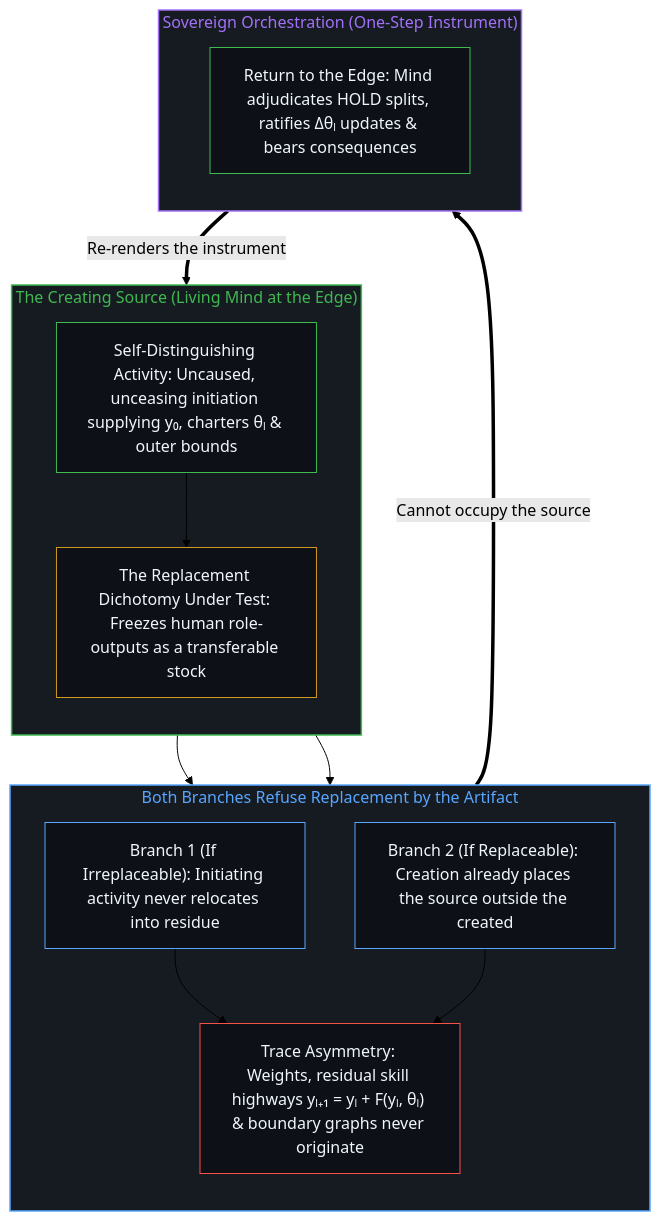
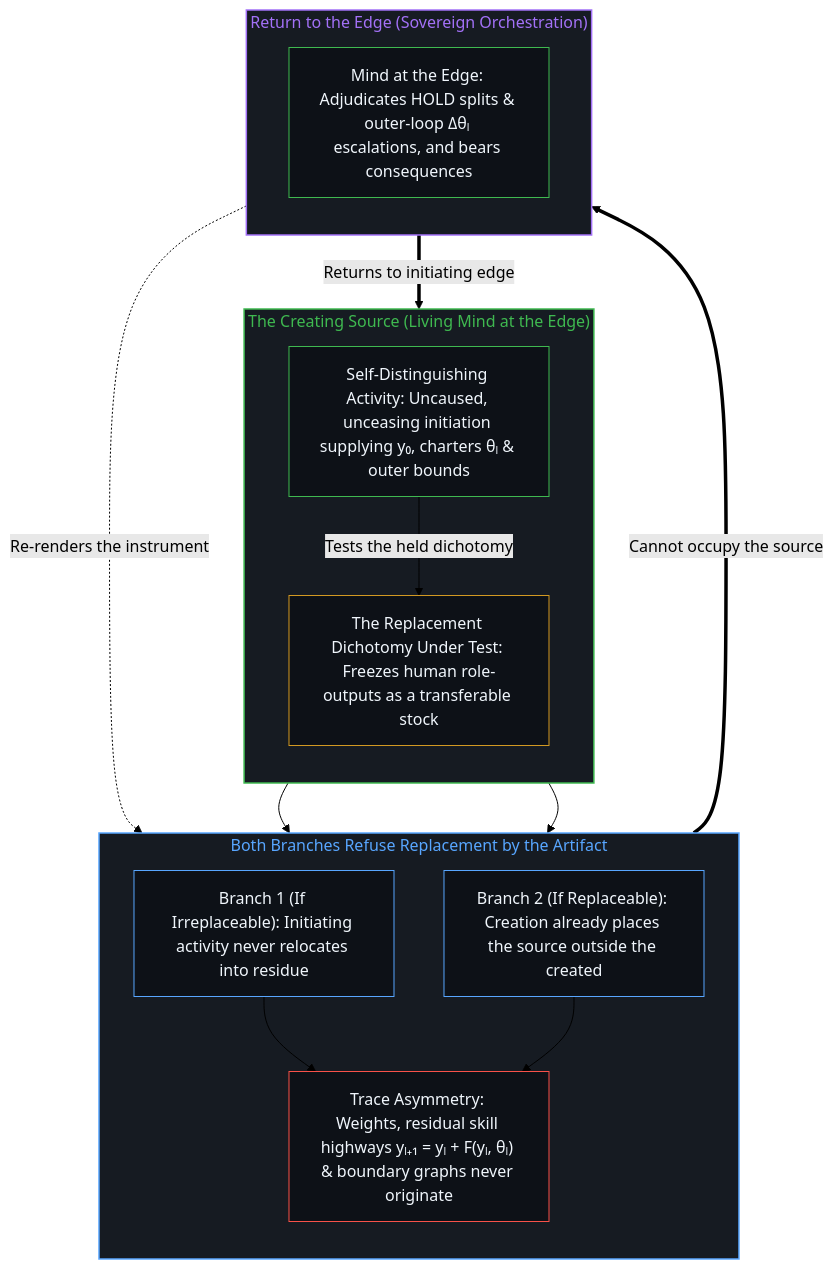
The second of 2 diagrams in content/posts/a-creation-cannot-replace-its-source.md (powerpig99/not-a-toe), drawn with Mermaid (forest theme) before and after one commit. The commit also changed other lines of this file and 7 other files, not shown here.

````diff
--- a/content/posts/a-creation-cannot-replace-its-source.md
+++ b/content/posts/a-creation-cannot-replace-its-source.md
@@ -74,34 +75,35 @@
 ```mermaid
 flowchart TD
     subgraph S_Edge["The Creating Source (Living Mind at the Edge)"]
         direction TB
         Prior["Self-Distinguishing Activity: Uncaused, unceasing initiation supplying y₀, charters θₗ & outer bounds"]
         Dilem["The Replacement Dichotomy Under Test: Freezes human role-outputs as a transferable stock"]
-        Prior --> Dilem
+        Prior -->|"Tests the held dichotomy"| Dilem
     end
     subgraph S_Branches["Both Branches Refuse Replacement by the Artifact"]
         direction TB
         B_Irrep["Branch 1 (If Irreplaceable): Initiating activity never relocates into residue"]
         B_Rep["Branch 2 (If Replaceable): Creation already places the source outside the created"]
         Asym["Trace Asymmetry: Weights, residual skill highways yₗ₊₁ = yₗ + F(yₗ, θₗ) & boundary graphs never originate"]
         B_Irrep --> Asym
         B_Rep --> Asym
     end
-    subgraph S_Return["Sovereign Orchestration (One-Step Instrument)"]
+    subgraph S_Return["Return to the Edge (Sovereign Orchestration)"]
         direction TB
-        Steer["Return to the Edge: Mind adjudicates HOLD splits, ratifies Δθₗ updates & bears consequences"]
+        Steer["Mind at the Edge: Adjudicates HOLD splits & outer-loop Δθₗ escalations, and bears consequences"]
     end
     Dilem --> B_Irrep
     Dilem --> B_Rep
     Asym ==>|"Cannot occupy the source"| Steer
-    Steer ==>|"Re-renders the instrument"| Prior
+    Steer -.->|"Re-renders the instrument"| Asym
+    Steer ==>|"Returns to initiating edge"| Prior
     style S_Edge fill:#161b22,stroke:#3fb950,stroke-width:1.5px,color:#3fb950
     style S_Branches fill:#161b22,stroke:#58a6ff,stroke-width:1.5px,color:#58a6ff
     style S_Return fill:#161b22,stroke:#a371f7,stroke-width:1.5px,color:#a371f7
     style Prior fill:#0d1117,stroke:#3fb950,stroke-width:1px,color:#f0f6fc
     style Dilem fill:#0d1117,stroke:#d29922,stroke-width:1px,color:#f0f6fc
     style B_Irrep fill:#0d1117,stroke:#58a6ff,stroke-width:1px,color:#f0f6fc
     style B_Rep fill:#0d1117,stroke:#58a6ff,stroke-width:1px,color:#f0f6fc
     style Asym fill:#0d1117,stroke:#f85149,stroke-width:1px,color:#f0f6fc
     style Steer fill:#0d1117,stroke:#3fb950,stroke-width:1px,color:#f0f6fc
 ```
````
